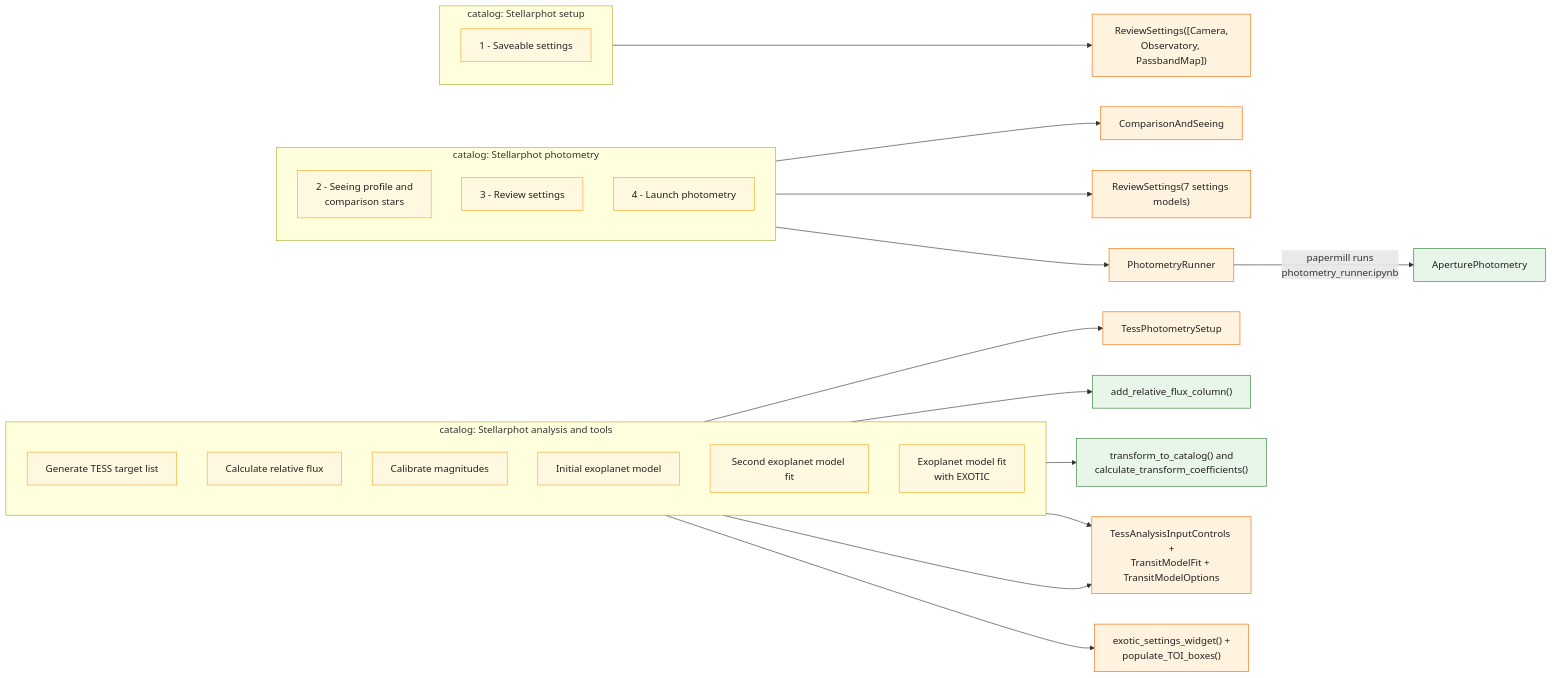
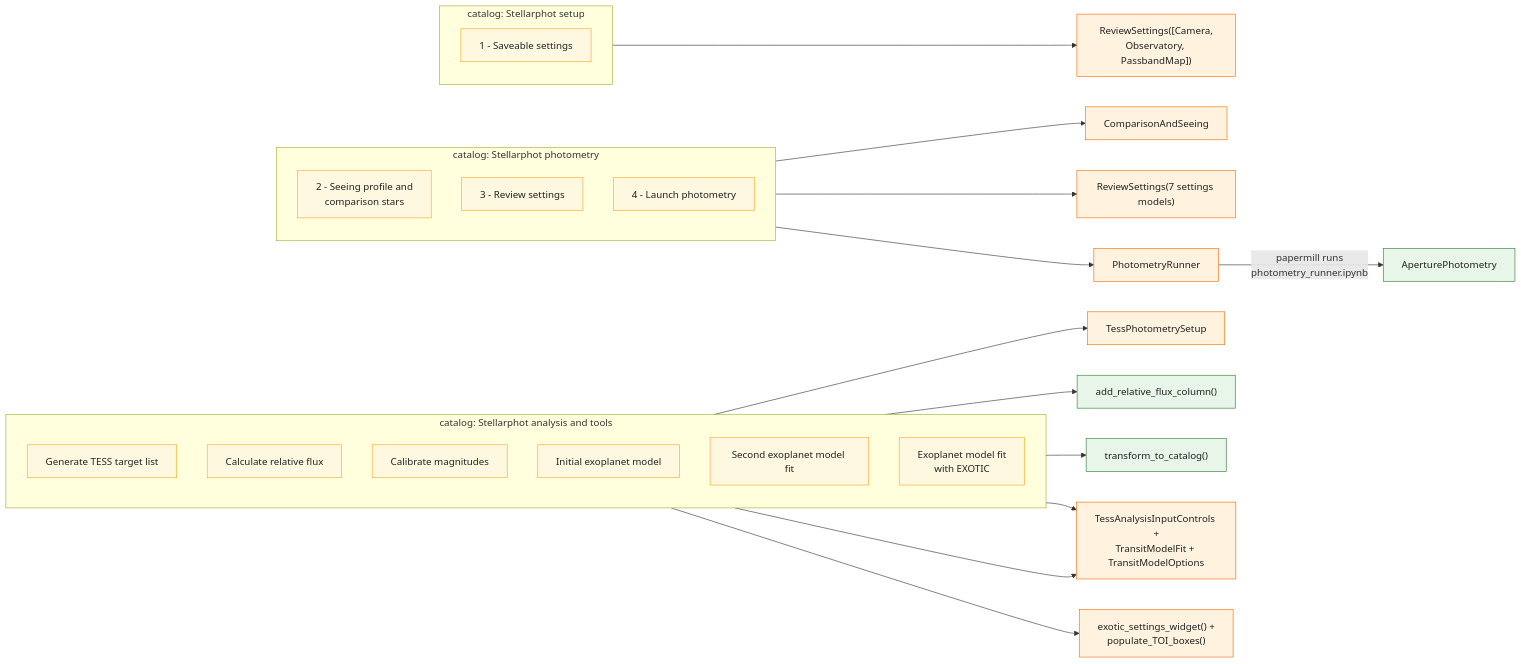
Before and after one commit to feder-observatory/stellarphot: the second of 4 diagrams in docs/diagrams-02-entry-points.md, drawn with Mermaid. The commit also changed 12 other files, not shown here.

````diff
--- a/docs/diagrams-02-entry-points.md
+++ b/docs/diagrams-02-entry-points.md
@@ -42,73 +42,73 @@
 ```mermaid
 flowchart LR
     classDef nb fill:#fff8e1,stroke:#f9a825,color:#212121
     classDef widget fill:#fff3e0,stroke:#ef6c00,color:#212121
     classDef api fill:#e8f5e9,stroke:#2e7d32,color:#212121
 
     subgraph sg_setup["catalog: Stellarphot setup"]
         direction TB
         nb01["1 - Saveable settings"]:::nb
     end
 
     subgraph sg_phot["catalog: Stellarphot photometry"]
         direction TB
         nb02["2 - Seeing profile and<br/>comparison stars"]:::nb
         nb03["3 - Review settings"]:::nb
         nb04["4 - Launch photometry"]:::nb
     end
 
     subgraph sg_tools["catalog: Stellarphot analysis and tools"]
         direction TB
         nb_target["Generate TESS target list"]:::nb
         nb_flux["Calculate relative flux"]:::nb
         nb_calib["Calibrate magnitudes"]:::nb
         nb_fit1["Initial exoplanet model"]:::nb
         nb_fit2["Second exoplanet model fit"]:::nb
         nb_exotic["Exoplanet model fit<br/>with EXOTIC"]:::nb
     end
 
     review1["ReviewSettings([Camera,<br/>Observatory, PassbandMap])"]:::widget
     cas["ComparisonAndSeeing"]:::widget
     review3["ReviewSettings(7 settings models)"]:::widget
     runner["PhotometryRunner"]:::widget
     tps["TessPhotometrySetup"]:::widget
     addflux["add_relative_flux_column()"]:::api
-    calib["transform_to_catalog() and<br/>calculate_transform_coefficients()"]:::api
+    calib["transform_to_catalog()"]:::api
     fitstack["TessAnalysisInputControls +<br/>TransitModelFit + TransitModelOptions"]:::widget
     exotic["exotic_settings_widget() +<br/>populate_TOI_boxes()"]:::widget
 
     apphot["AperturePhotometry"]:::api
 
     nb01 --> review1
     nb02 --> cas
     nb03 --> review3
     nb04 --> runner
     runner -->|"papermill runs<br/>photometry_runner.ipynb"| apphot
     nb_target --> tps
     nb_flux --> addflux
     nb_calib --> calib
     nb_fit1 --> fitstack
     nb_fit2 --> fitstack
     nb_exotic --> exotic
 
     click nb01 href "../stellarphot/notebooks/01-initial-settings.ipynb" "01-initial-settings.ipynb"
     click nb02 href "../stellarphot/notebooks/02-seeing-and-comparison.ipynb" "02-seeing-and-comparison.ipynb"
     click nb03 href "../stellarphot/notebooks/03-final-review-of-settings.ipynb" "03-final-review-of-settings.ipynb"
     click nb04 href "../stellarphot/notebooks/04-launch-photometry.ipynb" "04-launch-photometry.ipynb"
     click nb_target href "../stellarphot/notebooks/tess-target-source-list-generator.ipynb" "tess-target-source-list-generator.ipynb"
     click nb_flux href "../stellarphot/notebooks/relative-flux-calculation.ipynb" "relative-flux-calculation.ipynb"
     click nb_calib href "../stellarphot/notebooks/transform-to-appas-dr9.ipynb" "transform-to-appas-dr9.ipynb"
     click nb_fit1 href "../stellarphot/notebooks/tess-initial-model-fit.ipynb" "tess-initial-model-fit.ipynb"
     click nb_fit2 href "../stellarphot/notebooks/tess-second-model-fit.ipynb" "tess-second-model-fit.ipynb"
     click nb_exotic href "../stellarphot/notebooks/tess-EXOTIC-fit.ipynb" "tess-EXOTIC-fit.ipynb"
     click review1 href "../stellarphot/gui/custom_widgets.py" "custom_widgets.py"
     click cas href "../stellarphot/gui/profile_and_comps.py" "profile_and_comps.py"
     click review3 href "../stellarphot/gui/custom_widgets.py" "custom_widgets.py"
     click runner href "../stellarphot/gui/custom_widgets.py" "custom_widgets.py"
     click tps href "../stellarphot/gui/custom_widgets.py" "custom_widgets.py"
     click addflux href "../stellarphot/differential_photometry/aij_rel_fluxes.py" "aij_rel_fluxes.py"
     click calib href "../stellarphot/utils/magnitude_transforms.py" "magnitude_transforms.py"
     click fitstack href "../stellarphot/transit_fitting/core.py" "transit_fitting/core.py"
     click exotic href "../stellarphot/gui/transit_fitting_gui.py" "gui/transit_fitting_gui.py"
     click apphot href "../stellarphot/photometry/photometry.py" "photometry.py"
 ```
````
